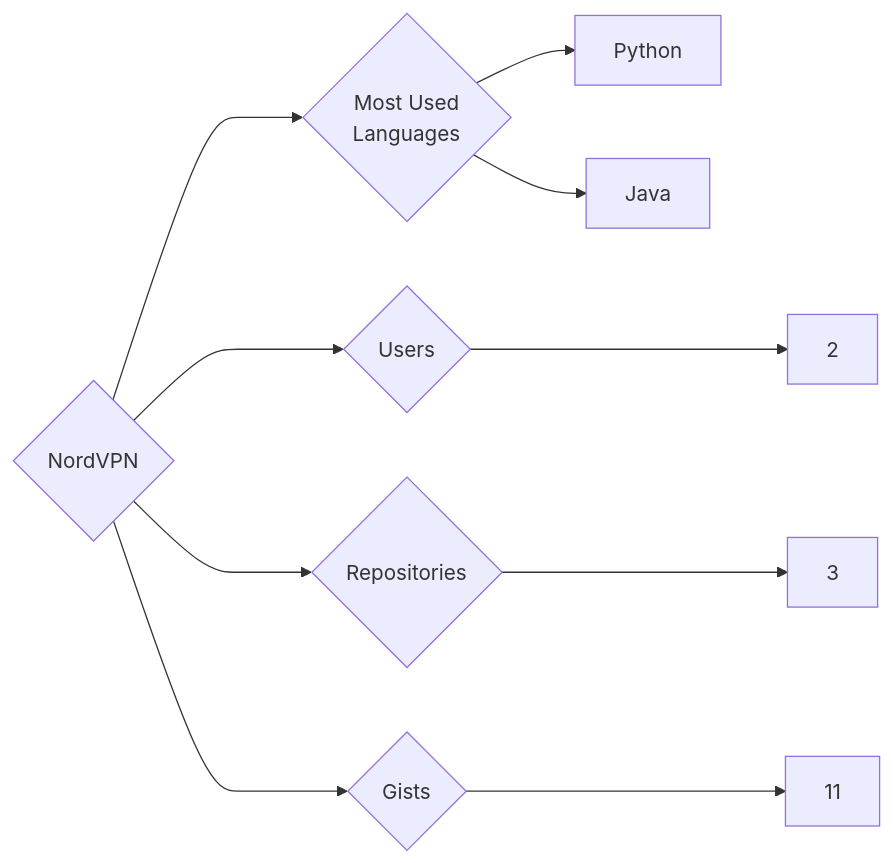
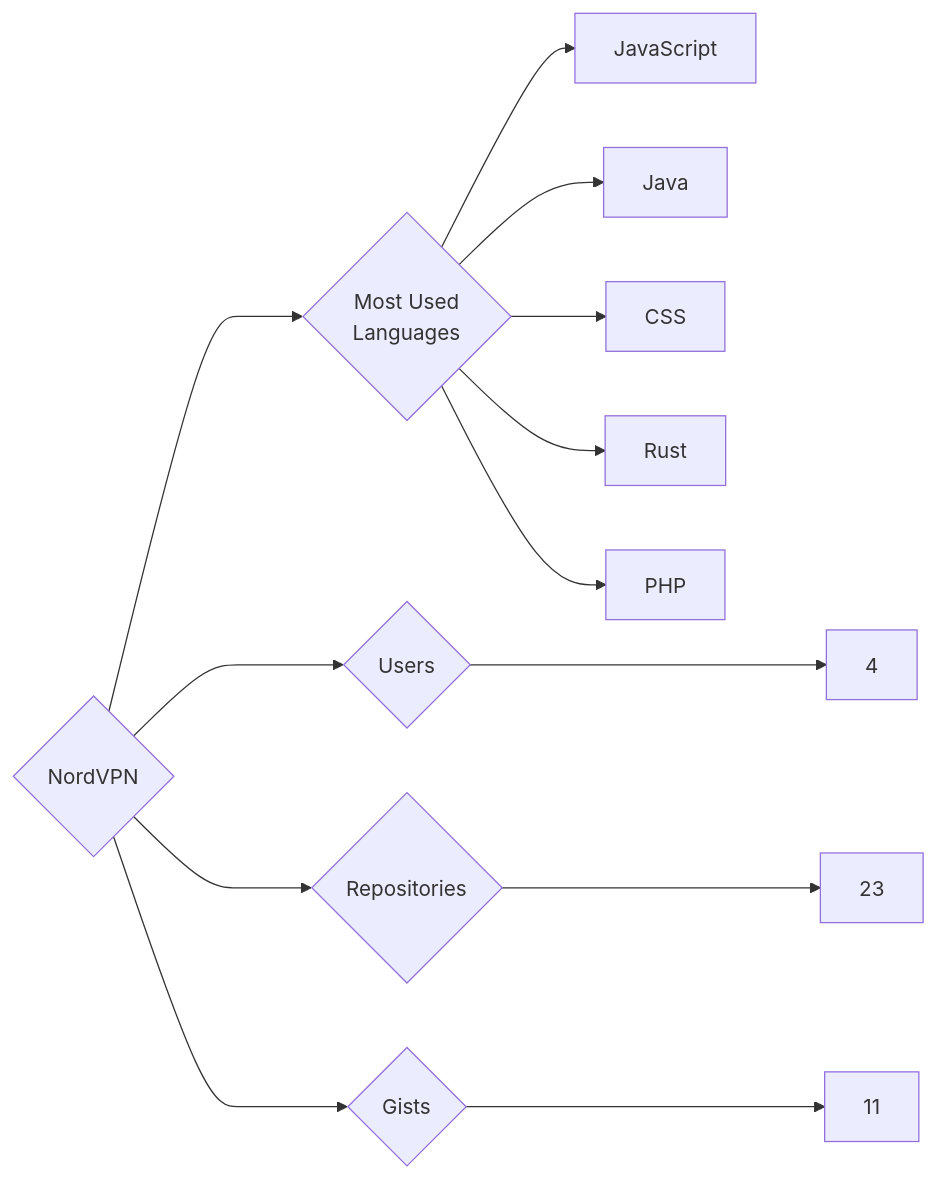
One commit to trickest/insiders changed the diagram in targets/NordVPN/README.md. Above: the diagram before and after it, drawn with Mermaid. The commit also changed 953 other files, not shown here.

````diff
--- a/targets/NordVPN/README.md
+++ b/targets/NordVPN/README.md
@@ -3,10 +3,13 @@
 ```mermaid
 graph LR
 COMPANY_NAME{NordVPN}
-COMPANY_NAME ---> U{Users} ---> UN[2]
-COMPANY_NAME ---> R{Repositories} ---> RN[3]
+COMPANY_NAME ---> U{Users} ---> UN[4]
+COMPANY_NAME ---> R{Repositories} ---> RN[23]
 COMPANY_NAME ---> G{Gists} ---> GN[11]
 COMPANY_NAME ---> ML{Most Used<br>Languages}
-ML --> Python[Python]
+ML --> JavaScript[JavaScript]
 ML --> Java[Java]
+ML --> CSS[CSS]
+ML --> Rust[Rust]
+ML --> PHP[PHP]
 ```
````
